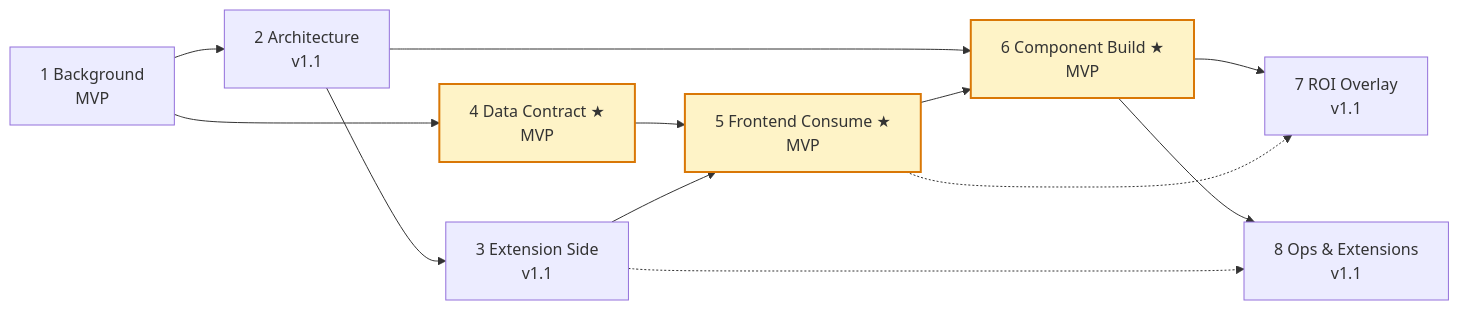
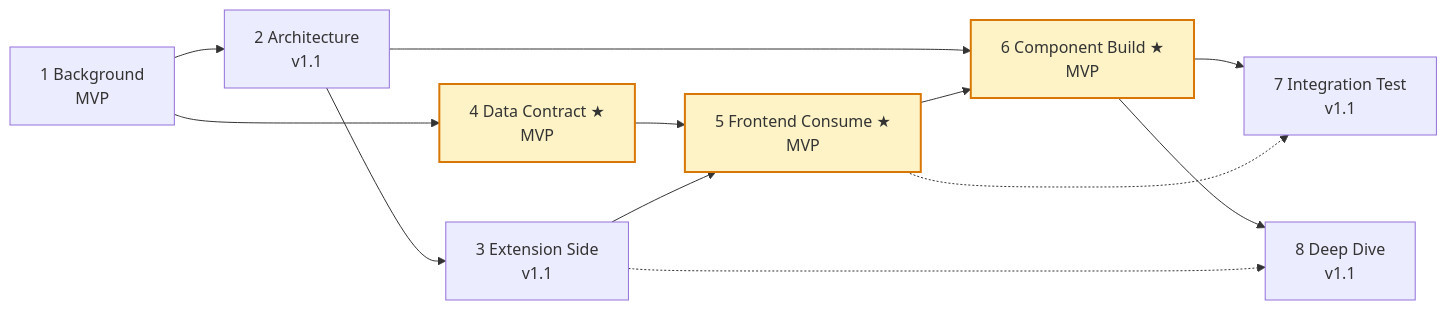
The diagram in i18n/en/docusaurus-plugin-content-docs/current/0-neomind/developer-guide/case-studies/7-ne101-camera-component/index.md (luommy/wiki-documents), drawn with Mermaid before and after one commit. The commit also changed other lines of this file and 20 other files, not shown here.

````diff
--- a/i18n/en/docusaurus-plugin-content-docs/current/0-neomind/developer-guide/case-studies/7-ne101-camera-component/index.md
+++ b/i18n/en/docusaurus-plugin-content-docs/current/0-neomind/developer-guide/case-studies/7-ne101-camera-component/index.md
@@ -81,26 +81,26 @@
 ```mermaid
 graph LR
     BG["1 Background<br/>MVP"]
     ARCH["2 Architecture<br/>v1.1"]
     EXT["3 Extension Side<br/>v1.1"]
     DATA["4 Data Contract ★<br/>MVP"]
     FE["5 Frontend Consume ★<br/>MVP"]
     BUILD["6 Component Build ★<br/>MVP"]
-    ROI["7 ROI Overlay<br/>v1.1"]
-    OPS["8 Ops & Extensions<br/>v1.1"]
+    ROI["7 Integration Test<br/>v1.1"]
+    OPS["8 Deep Dive<br/>v1.1"]
 
     BG --> ARCH
     BG --> DATA
     ARCH --> EXT
     ARCH --> BUILD
     DATA --> FE
     EXT --> FE
     FE --> BUILD
     BUILD --> ROI
     BUILD --> OPS
     FE -.-> ROI
     EXT -.-> OPS
 
     classDef mvp fill:#fef3c7,stroke:#d97706,stroke-width:2px
     class DATA,FE,BUILD mvp
 ```
````
